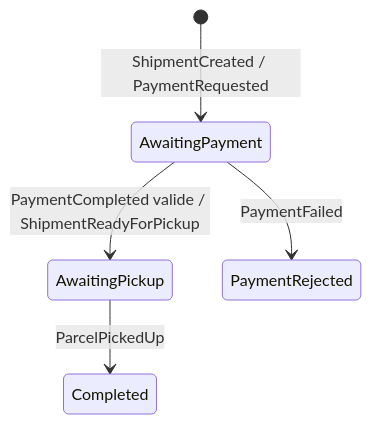
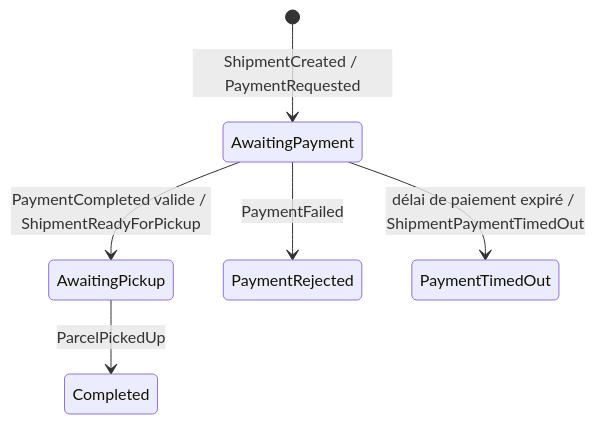
One commit to Yvahajatiana/ShippingTracer changed the diagram in docs/shipment-service.md. Above: the diagram before and after it, drawn with Mermaid. The commit also changed other lines of this file and 13 other files, not shown here.

First line of the commit message:
fix(shipment): log mismatched payments and time out unpaid bookings

````diff
--- a/docs/shipment-service.md
+++ b/docs/shipment-service.md
@@ -63,7 +63,8 @@
 ```mermaid
 stateDiagram-v2
     [*] --> AwaitingPayment: ShipmentCreated / PaymentRequested
     AwaitingPayment --> AwaitingPickup: PaymentCompleted valide / ShipmentReadyForPickup
     AwaitingPayment --> PaymentRejected: PaymentFailed
+    AwaitingPayment --> PaymentTimedOut: délai de paiement expiré / ShipmentPaymentTimedOut
     AwaitingPickup --> Completed: ParcelPickedUp
 ```
````
